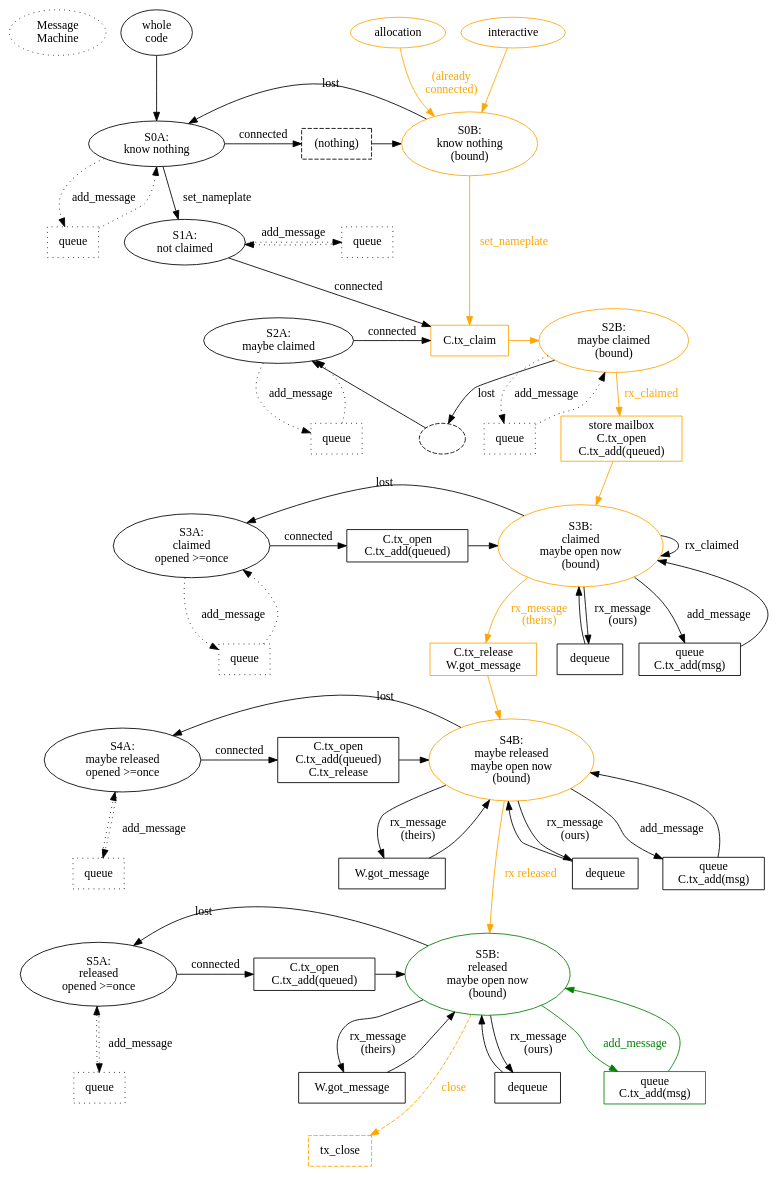
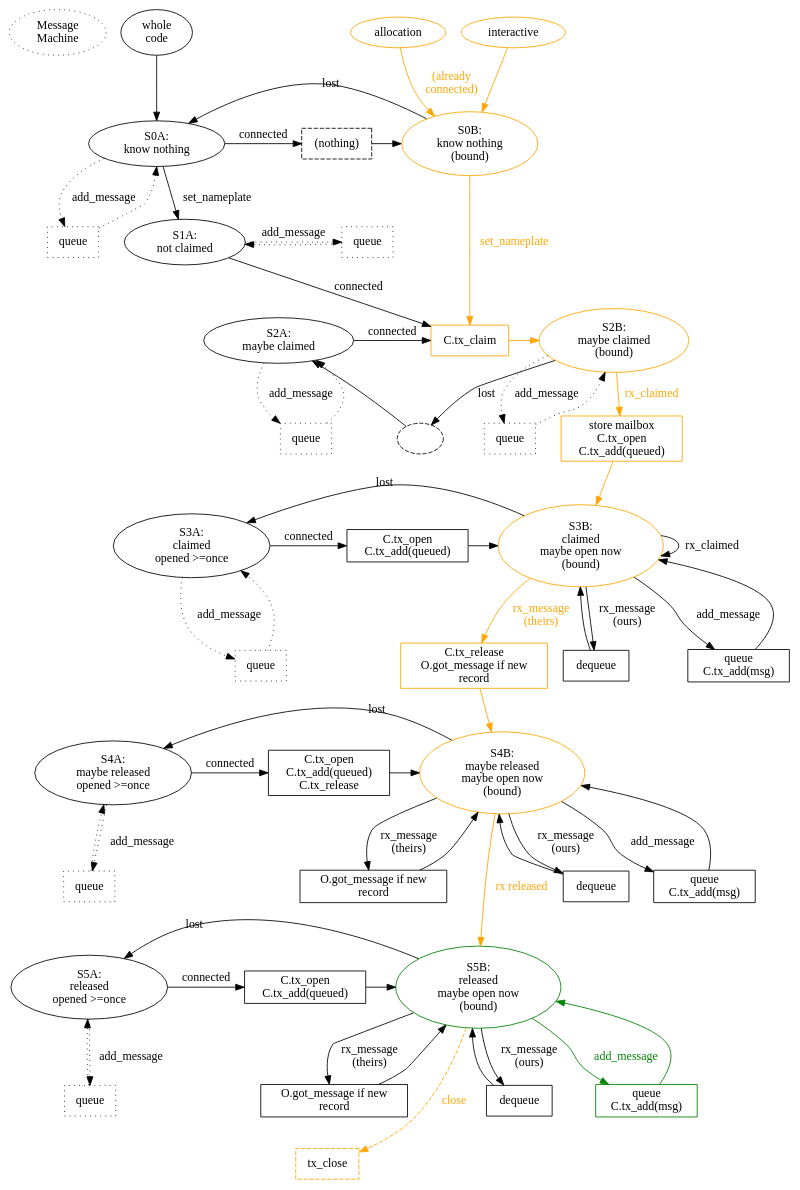
Before and after one commit to magic-wormhole/magic-wormhole: the diagram in docs/mailbox.dot, drawn with Graphviz. The commit also changed 7 other files, not shown here.

```diff
--- a/docs/mailbox.dot
+++ b/docs/mailbox.dot
@@ -1,157 +1,158 @@
 digraph {
         /* new idea */
 
         {rank=same; title entry_whole_code entry_allocation entry_interactive}
         entry_whole_code [label="whole\ncode"]
         entry_whole_code -> S0A
         title [label="Message\nMachine" style="dotted"]
 
         entry_allocation [label="allocation" color="orange"]
         entry_allocation -> S0B [label="(already\nconnected)"
                                      color="orange" fontcolor="orange"]
         entry_interactive [label="interactive" color="orange"]
         entry_interactive -> S0B [color="orange"]
 
         {rank=same; S0A P0_connected S0B}
         S0A [label="S0A:\nknow nothing"]
         S0B [label="S0B:\nknow nothing\n(bound)" color="orange"]
         S0A -> P0_connected [label="connected"]
         P0_connected [label="(nothing)" shape="box" style="dashed"]
         P0_connected -> S0B
         S0B -> S0A [label="lost"]
 
         S0A -> S1A [label="set_nameplate"]
         S0B -> P2_connected [label="set_nameplate" color="orange" fontcolor="orange"]
         P0A_queue [shape="box" label="queue" style="dotted"]
         S0A -> P0A_queue [label="add_message" style="dotted"]
         P0A_queue -> S0A [style="dotted"]
 
         {rank=same; S1A P1A_queue}
         S1A [label="S1A:\nnot claimed"]
         S1A -> P2_connected [label="connected"]
         S1A -> P1A_queue [label="add_message" style="dotted"]
         P1A_queue [shape="box" label="queue" style="dotted"]
         P1A_queue -> S1A [style="dotted"]
 
         {rank=same; S2A P2_connected S2B}
         S2A [label="S2A:\nmaybe claimed"]
         S2A -> P2_connected [label="connected"]
         P2_connected [shape="box" label="C.tx_claim" color="orange"]
         P2_connected -> S2B [color="orange"]
         S2B [label="S2B:\nmaybe claimed\n(bound)" color="orange"]
         #S2B -> SrB [label="close()" style="dashed"]
         #SrB [label="SrB" style="dashed"]
         #S2A -> SrA [label="close()" style="dashed"]
         #SrA [label="SrA" style="dashed"]
 
         #S2B -> S2A [label="lost"] # causes bad layout
         S2B -> foo [label="lost"]
         foo [label="" style="dashed"]
         foo -> S2A
 
         S2A -> P2C_queue [label="add_message" style="dotted"]
         P2C_queue [shape="box" label="queue" style="dotted"]
         P2C_queue -> S2A [style="dotted"]
         S2B -> P2B_queue [label="add_message" style="dotted"]
         P2B_queue [shape="box" label="queue" style="dotted"]
         P2B_queue -> S2B [style="dotted"]
 
         S1A -> S3A [label="(none)" style="invis"]
         S2B -> P_open [label="rx_claimed" color="orange" fontcolor="orange"]
         P_open [shape="box" label="store mailbox\nC.tx_open\nC.tx_add(queued)" color="orange"]
         P_open -> S3B [color="orange"]
 
         subgraph {rank=same; S3A S3B P3_connected}
         S3A [label="S3A:\nclaimed\nopened >=once"]
         S3B [label="S3B:\nclaimed\nmaybe open now\n(bound)" color="orange"]
         S3A -> P3_connected [label="connected"]
         S3B -> S3A [label="lost"]
 
         P3_connected [shape="box" label="C.tx_open\nC.tx_add(queued)"]
         P3_connected -> S3B
 
         S3A -> P3_queue [label="add_message" style="dotted"]
         P3_queue [shape="box" label="queue" style="dotted"]
         P3_queue -> S3A [style="dotted"]
 
         S3B -> S3B [label="rx_claimed"]
 
         S3B -> P3_send [label="add_message"]
         P3_send [shape="box" label="queue\nC.tx_add(msg)"]
         P3_send -> S3B
 
         S3A -> S4A [label="(none)" style="invis"]
         S3B -> P3_process_ours [label="rx_message\n(ours)"]
         P3_process_ours [shape="box" label="dequeue"]
         P3_process_ours -> S3B
         S3B -> P3_process_theirs [label="rx_message\n(theirs)"
                                       color="orange" fontcolor="orange"]
-        P3_process_theirs [shape="box" label="C.tx_release\nW.got_message"
-                              color="orange"]
+        P3_process_theirs [shape="box" color="orange"
+                           label="C.tx_release\nO.got_message if new\nrecord"
+                           ]
         /* pay attention to the race here: this process_message() will
         deliver msg_pake to the WormholeMachine, which will compute_key() and
         send(version), and we're in between S1A (where send gets
         queued) and S3A (where send gets sent and queued), and we're no
         longer passing through the P3_connected phase (which drains the queue).
         So there's a real possibility of the outbound msg_version getting
         dropped on the floor, or put in a queue but never delivered. */
         P3_process_theirs -> S4B [color="orange"]
 
         subgraph {rank=same; S4A P4_connected S4B}
         S4A [label="S4A:\nmaybe released\nopened >=once\n"]
 
         S4B [label="S4B:\nmaybe released\nmaybe open now\n(bound)" color="orange"]
         S4A -> P4_connected [label="connected"]
         P4_connected [shape="box" label="C.tx_open\nC.tx_add(queued)\nC.tx_release"]
         S4B -> P4_send [label="add_message"]
         P4_send [shape="box" label="queue\nC.tx_add(msg)"]
         P4_send -> S4B
         S4A -> P4_queue [label="add_message" style="dotted"]
         P4_queue [shape="box" label="queue" style="dotted"]
         P4_queue -> S4A [style="dotted"]
 
         P4_connected -> S4B
         S4B -> S4A [label="lost"]
         S4B -> P4_process_ours [label="rx_message\n(ours)"]
         P4_process_ours [shape="box" label="dequeue"]
         P4_process_ours -> S4B
         S4B -> P4_process_theirs [label="rx_message\n(theirs)"]
-        P4_process_theirs [shape="box" label="W.got_message"]
+        P4_process_theirs [shape="box" label="O.got_message if new\nrecord"]
         P4_process_theirs -> S4B
 
         S4A -> S5A [label="(none)" style="invis"]
         S4B -> S5B [label="rx released" color="orange" fontcolor="orange"]
 
         P4_queue -> S5A [style="invis"]
         subgraph {S5A P5_connected S5B}
         {rank=same; S5A P5_connected S5B}
 
         S5A [label="S5A:\nreleased\nopened >=once"]
         S5A -> P5_connected [label="connected"]
         P5_connected [shape="box" label="C.tx_open\nC.tx_add(queued)"]
 
         S5B -> P5_send [label="add_message" color="green" fontcolor="green"]
         P5_send [shape="box" label="queue\nC.tx_add(msg)" color="green"]
         P5_send -> S5B [color="green"]
         S5A -> P5_queue [label="add_message" style="dotted"]
         P5_queue [shape="box" label="queue" style="dotted"]
         P5_queue -> S5A [style="dotted"]
 
         P5_connected -> S5B
         S5B [label="S5B:\nreleased\nmaybe open now\n(bound)" color="green"]
         S5B -> S5A [label="lost"]
 
         S5B -> P5_process_ours [label="rx_message\n(ours)"]
         P5_process_ours [shape="box" label="dequeue"]
         P5_process_ours -> S5B
         S5B -> P5_process_theirs [label="rx_message\n(theirs)"]
-        P5_process_theirs [shape="box" label="W.got_message"]
+        P5_process_theirs [shape="box" label="O.got_message if new\nrecord"]
         P5_process_theirs -> S5B
 
         foo5 [label="" style="invis"]
         S5A -> foo5 [style="invis"]
         foo5 -> P5_close [style="invis"]
         S5B -> P5_close [label="close" style="dashed" color="orange" fontcolor="orange"]
         P5_close [shape="box" label="tx_close" style="dashed" color="orange"]
 
 }
```
